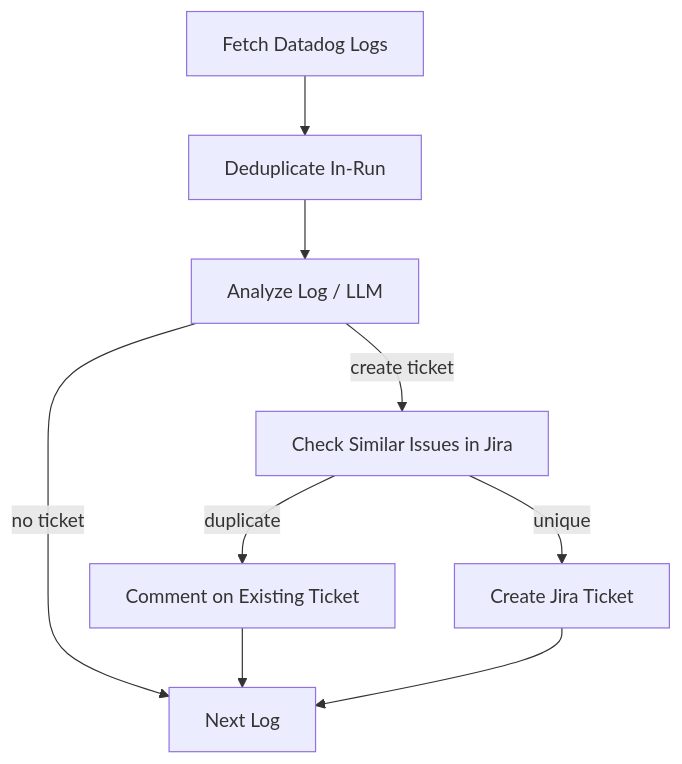
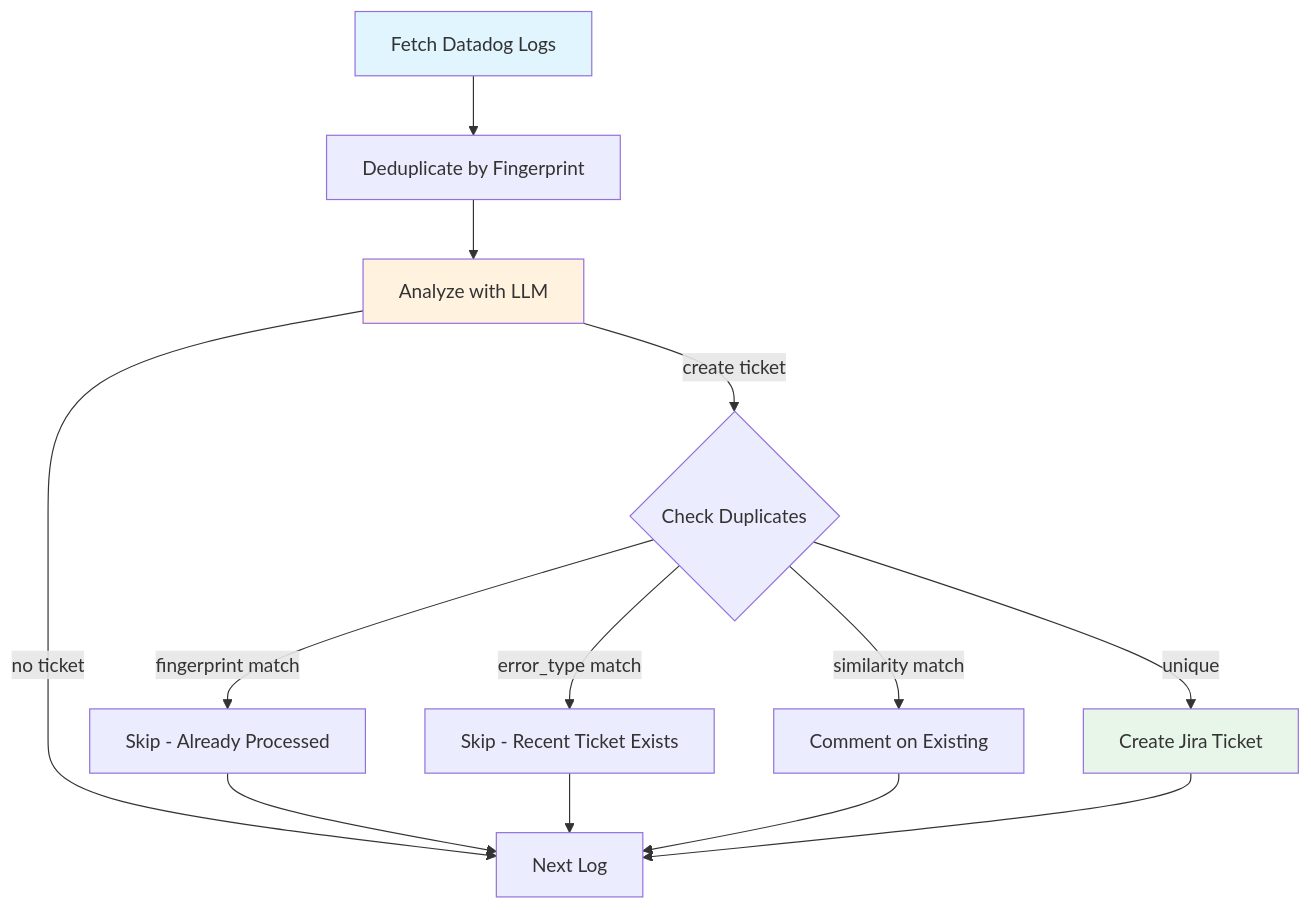
Before and after one commit to jmlaranjeira/dogcatcher-agent: the diagram in README.md, drawn with Mermaid. The commit also changed other lines of this file, not shown here.

First line of the commit message:
docs: update README with async, health check, sleuth, and dedup improvements

````diff
--- a/README.md
+++ b/README.md
@@ -8,11 +32,19 @@
 ```mermaid
 graph TD;
-    A[Fetch Datadog Logs] --> B[Deduplicate In-Run];
-    B --> C[Analyze Log / LLM];
-    C -->|no ticket| G[Next Log];
-    C -->|create ticket| D[Check Similar Issues in Jira];
-    D -->|duplicate| E[Comment on Existing Ticket];
-    D -->|unique| F[Create Jira Ticket];
-    E --> G;
-    F --> G;
+    A[Fetch Datadog Logs] --> B[Deduplicate by Fingerprint];
+    B --> C[Analyze with LLM];
+    C -->|no ticket| H[Next Log];
+    C -->|create ticket| D{Check Duplicates};
+    D -->|fingerprint match| E[Skip - Already Processed];
+    D -->|error_type match| F[Skip - Recent Ticket Exists];
+    D -->|similarity match| G[Comment on Existing];
+    D -->|unique| I[Create Jira Ticket];
+    E --> H;
+    F --> H;
+    G --> H;
+    I --> H;
+
+    style A fill:#e1f5fe
+    style C fill:#fff3e0
+    style I fill:#e8f5e9
 ```
````
